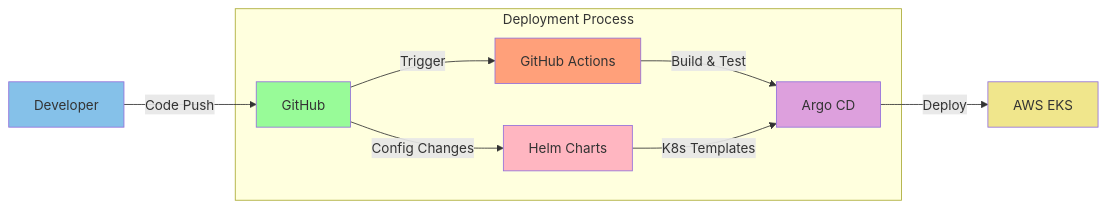
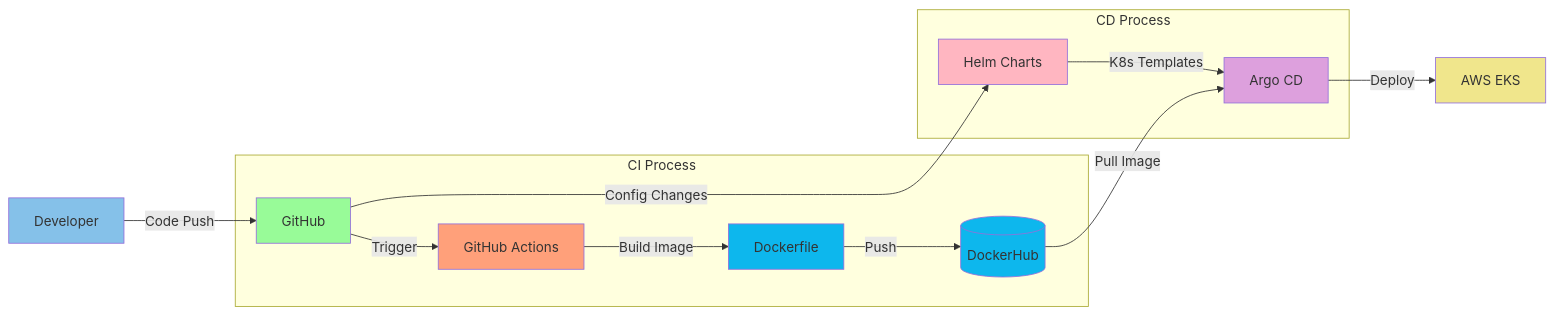
The diagram in README.md (ahmdnzm/go-web-app-devops), drawn with Mermaid before and after one commit.

````diff
--- a/README.md
+++ b/README.md
@@ -20,20 +20,27 @@
 ```mermaid
 graph LR
     dev[Developer] -->|Code Push| github[GitHub]
-    github -->|Trigger| actions[GitHub Actions]
     
-    subgraph "Deployment Process"
-        actions -->|Build & Test| argocd[Argo CD]
-        helm[Helm Charts] -->|K8s Templates| argocd
+    subgraph "CI Process"
+        github -->|Trigger| actions[GitHub Actions]
+        actions -->|Build Image| docker[Dockerfile]
+        docker -->|Push| dockerhub[(DockerHub)]
+    end
+    
+    subgraph "CD Process"
+        helm[Helm Charts] -->|K8s Templates| argocd[Argo CD]
         github -->|Config Changes| helm
+        dockerhub -->|Pull Image| argocd
     end
     
     argocd -->|Deploy| eks[AWS EKS]
 
     style dev fill:#85C1E9
     style github fill:#98FB98
     style actions fill:#FFA07A
+    style docker fill:#0DB7ED
+    style dockerhub fill:#0DB7ED
     style argocd fill:#DDA0DD
     style eks fill:#F0E68C
     style helm fill:#FFB6C1
 ```
````
